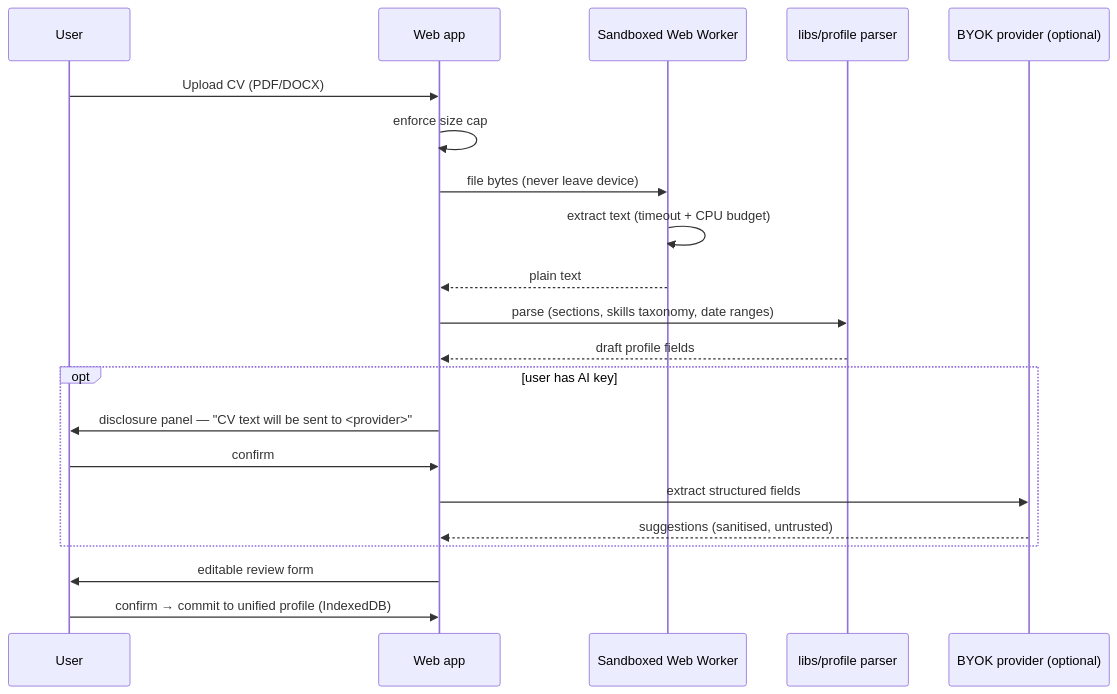
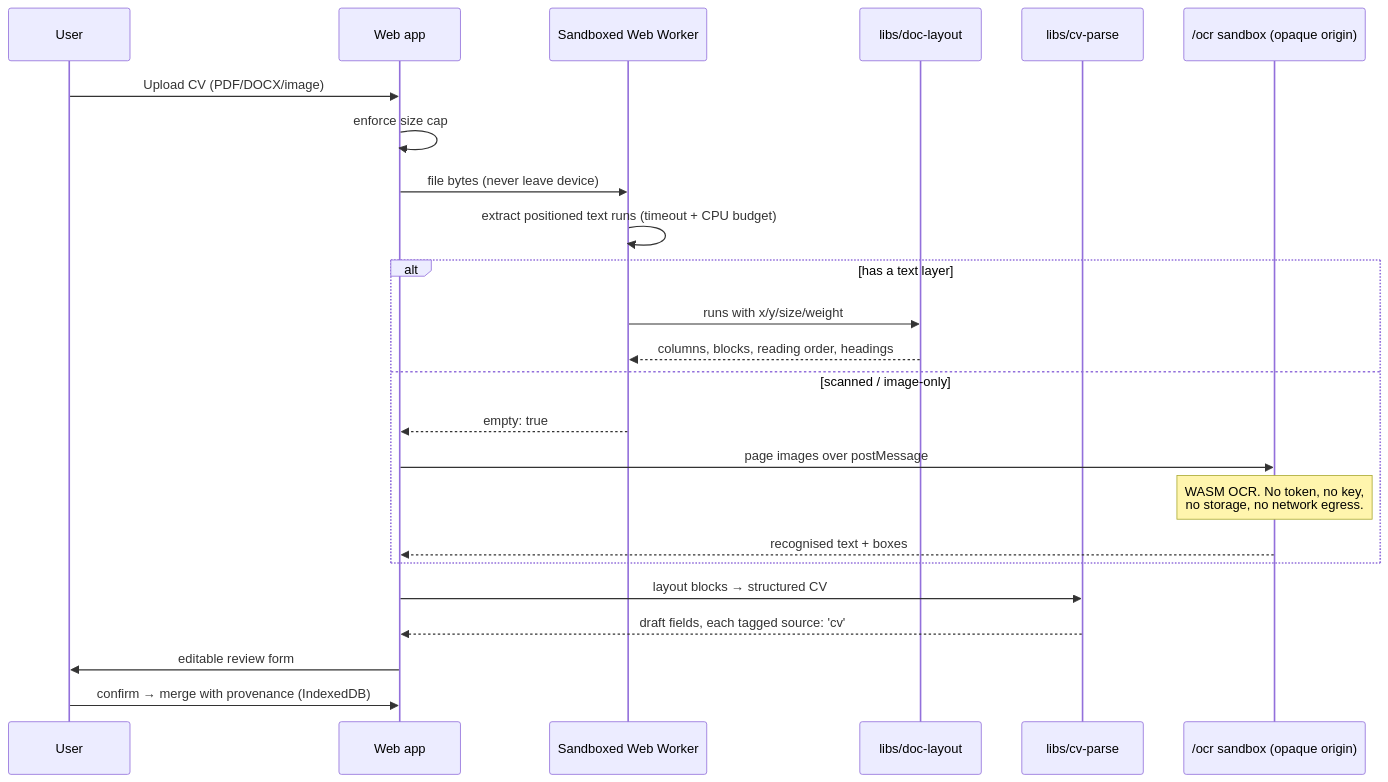
Before and after one commit to MahmoudNasserGouda/cairn: the fourth of 8 diagrams in ARCHITECTURE.md, drawn with Mermaid. The commit also changed other lines of this file and 34 other files, not shown here.

````diff
--- a/ARCHITECTURE.md
+++ b/ARCHITECTURE.md
@@ -177,24 +192,27 @@
 ```mermaid
 sequenceDiagram
     participant U as User
     participant App as Web app
     participant W as Sandboxed Web Worker
-    participant P as libs/profile parser
-    participant AI as BYOK provider (optional)
+    participant L as libs/doc-layout
+    participant P as libs/cv-parse
+    participant O as /ocr sandbox (opaque origin)
 
-    U->>App: Upload CV (PDF/DOCX)
+    U->>App: Upload CV (PDF/DOCX/image)
     App->>App: enforce size cap
     App->>W: file bytes (never leave device)
-    W->>W: extract text (timeout + CPU budget)
-    W-->>App: plain text
-    App->>P: parse (sections, skills taxonomy, date ranges)
-    P-->>App: draft profile fields
-    opt user has AI key
-        App->>U: disclosure panel — "CV text will be sent to <provider>"
-        U->>App: confirm
-        App->>AI: extract structured fields
-        AI-->>App: suggestions (sanitised, untrusted)
+    W->>W: extract positioned text runs (timeout + CPU budget)
+    alt has a text layer
+        W->>L: runs with x/y/size/weight
+        L-->>W: columns, blocks, reading order, headings
+    else scanned / image-only
+        W-->>App: empty: true
+        App->>O: page images over postMessage
+        Note over O: WASM OCR. No token, no key,<br/>no storage, no network egress.
+        O-->>App: recognised text + boxes
     end
+    App->>P: layout blocks → structured CV
+    P-->>App: draft fields, each tagged source: 'cv'
     App->>U: editable review form
-    U->>App: confirm → commit to unified profile (IndexedDB)
+    U->>App: confirm → merge with provenance (IndexedDB)
 ```
````
